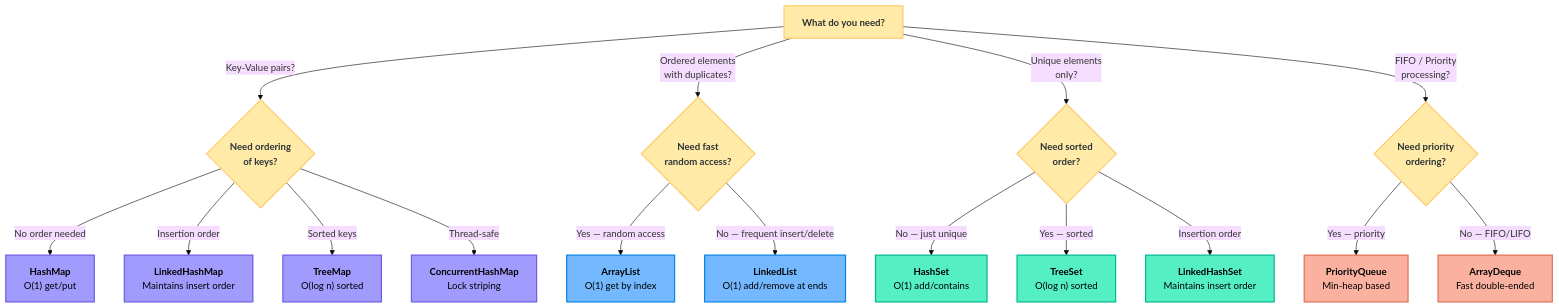
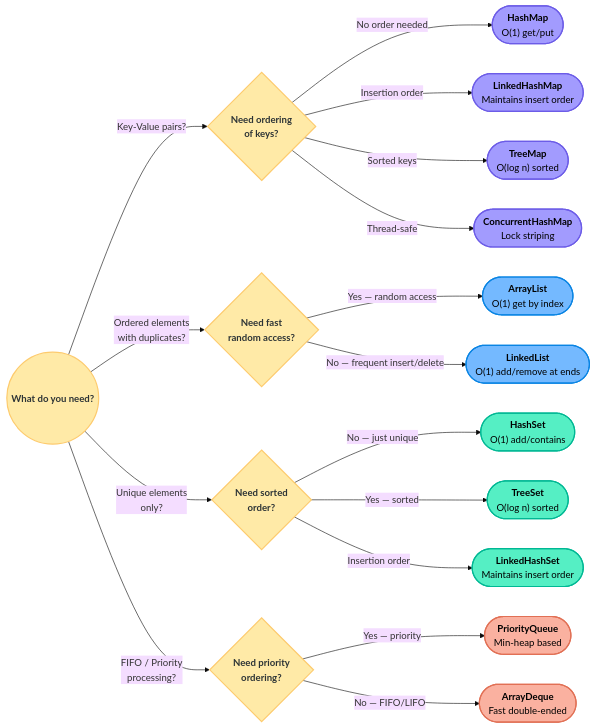
Before and after one commit to saivamsikaruturi/vamsilabs-dev-notes-main: the second of 2 diagrams in docs/java/Collections.md, drawn with Mermaid (base theme). The commit also changed other lines of this file and 146 other files, not shown here.

Commit message:
Horizontal diagrams, UML class diagrams, typography overhaul, and permalink cleanup

````diff
--- a/docs/java/Collections.md
+++ b/docs/java/Collections.md
@@ -53,35 +53,35 @@
 ```mermaid
-flowchart TD
-    Start["What do you need?"]:::decision
+flowchart LR
+    Start(("What do you need?")):::decision
 
     Start -->|"Key-Value pairs?"| MapQ{"Need ordering<br/>of keys?"}:::decision
     Start -->|"Ordered elements<br/>with duplicates?"| ListQ{"Need fast<br/>random access?"}:::decision
     Start -->|"Unique elements<br/>only?"| SetQ{"Need sorted<br/>order?"}:::decision
     Start -->|"FIFO / Priority<br/>processing?"| QueueQ{"Need priority<br/>ordering?"}:::decision
 
     %% Map branch
-    MapQ -->|"No order needed"| HashMap2["<b>HashMap</b><br/>O(1) get/put"]:::mapImpl
-    MapQ -->|"Insertion order"| LinkedHashMap2["<b>LinkedHashMap</b><br/>Maintains insert order"]:::mapImpl
-    MapQ -->|"Sorted keys"| TreeMap2["<b>TreeMap</b><br/>O(log n) sorted"]:::mapImpl
-    MapQ -->|"Thread-safe"| ConcurrentHashMap2["<b>ConcurrentHashMap</b><br/>Lock striping"]:::mapImpl
+    MapQ -->|"No order needed"| HashMap2(["<b>HashMap</b><br/>O(1) get/put"]):::mapImpl
+    MapQ -->|"Insertion order"| LinkedHashMap2(["<b>LinkedHashMap</b><br/>Maintains insert order"]):::mapImpl
+    MapQ -->|"Sorted keys"| TreeMap2(["<b>TreeMap</b><br/>O(log n) sorted"]):::mapImpl
+    MapQ -->|"Thread-safe"| ConcurrentHashMap2(["<b>ConcurrentHashMap</b><br/>Lock striping"]):::mapImpl
 
     %% List branch
-    ListQ -->|"Yes — random access"| ArrayList2["<b>ArrayList</b><br/>O(1) get by index"]:::listImpl
-    ListQ -->|"No — frequent insert/delete"| LinkedList2["<b>LinkedList</b><br/>O(1) add/remove at ends"]:::listImpl
+    ListQ -->|"Yes — random access"| ArrayList2(["<b>ArrayList</b><br/>O(1) get by index"]):::listImpl
+    ListQ -->|"No — frequent insert/delete"| LinkedList2(["<b>LinkedList</b><br/>O(1) add/remove at ends"]):::listImpl
 
     %% Set branch
-    SetQ -->|"No — just unique"| HashSet2["<b>HashSet</b><br/>O(1) add/contains"]:::setImpl
-    SetQ -->|"Yes — sorted"| TreeSet2["<b>TreeSet</b><br/>O(log n) sorted"]:::setImpl
-    SetQ -->|"Insertion order"| LinkedHashSet2["<b>LinkedHashSet</b><br/>Maintains insert order"]:::setImpl
+    SetQ -->|"No — just unique"| HashSet2(["<b>HashSet</b><br/>O(1) add/contains"]):::setImpl
+    SetQ -->|"Yes — sorted"| TreeSet2(["<b>TreeSet</b><br/>O(log n) sorted"]):::setImpl
+    SetQ -->|"Insertion order"| LinkedHashSet2(["<b>LinkedHashSet</b><br/>Maintains insert order"]):::setImpl
 
     %% Queue branch
-    QueueQ -->|"Yes — priority"| PriorityQueue2["<b>PriorityQueue</b><br/>Min-heap based"]:::queueImpl
-    QueueQ -->|"No — FIFO/LIFO"| ArrayDeque2["<b>ArrayDeque</b><br/>Fast double-ended"]:::queueImpl
+    QueueQ -->|"Yes — priority"| PriorityQueue2(["<b>PriorityQueue</b><br/>Min-heap based"]):::queueImpl
+    QueueQ -->|"No — FIFO/LIFO"| ArrayDeque2(["<b>ArrayDeque</b><br/>Fast double-ended"]):::queueImpl
 
     %% Styles
     classDef decision fill:#ffeaa7,stroke:#fdcb6e,stroke-width:2px,color:#2d3436,font-weight:bold
     classDef listImpl fill:#74b9ff,stroke:#0984e3,stroke-width:2px,color:#000
     classDef setImpl fill:#55efc4,stroke:#00b894,stroke-width:2px,color:#000
     classDef queueImpl fill:#fab1a0,stroke:#e17055,stroke-width:2px,color:#000
     classDef mapImpl fill:#a29bfe,stroke:#6c5ce7,stroke-width:2px,color:#000
 ```
````
